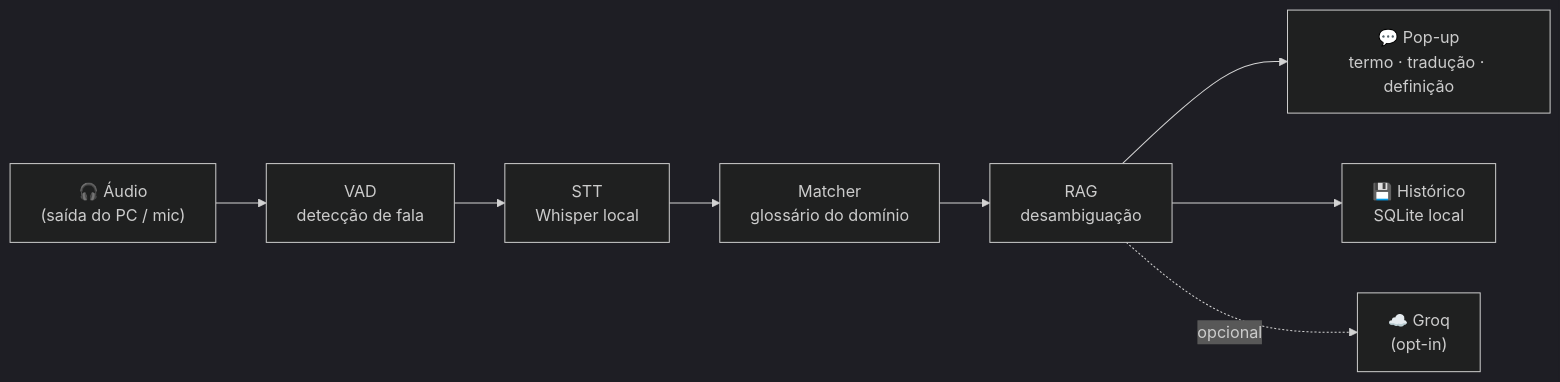
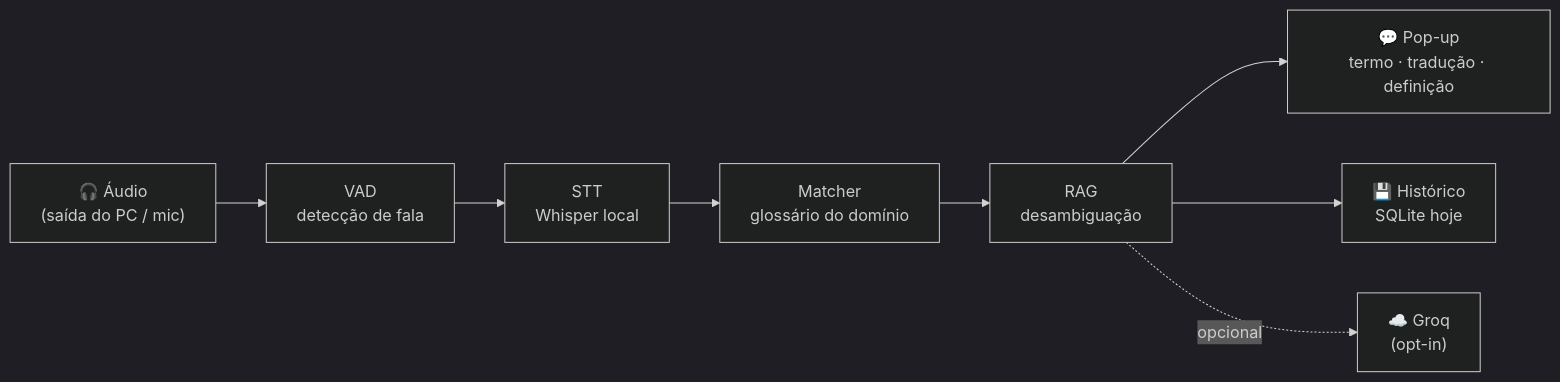
The first of 3 diagrams in README.md (cavalcanteprofissional/sopro), drawn with Mermaid (dark theme) before and after one commit. The commit also changed other lines of this file and 12 other files, not shown here.

````diff
--- a/README.md
+++ b/README.md
@@ -58,10 +61,10 @@
 ```mermaid
 flowchart LR
     A["🎧 Áudio\n(saída do PC / mic)"] --> B["VAD\ndetecção de fala"]
     B --> C["STT\nWhisper local"]
     C --> D["Matcher\nglossário do domínio"]
     D --> E["RAG\ndesambiguação"]
     E --> F["💬 Pop-up\ntermo · tradução · definição"]
-    E --> G["💾 Histórico\nSQLite local"]
+    E --> G["💾 Histórico\nSQLite hoje"]
     E -.->|opcional| H["☁️ Groq\n(opt-in)"]
 ```
````
